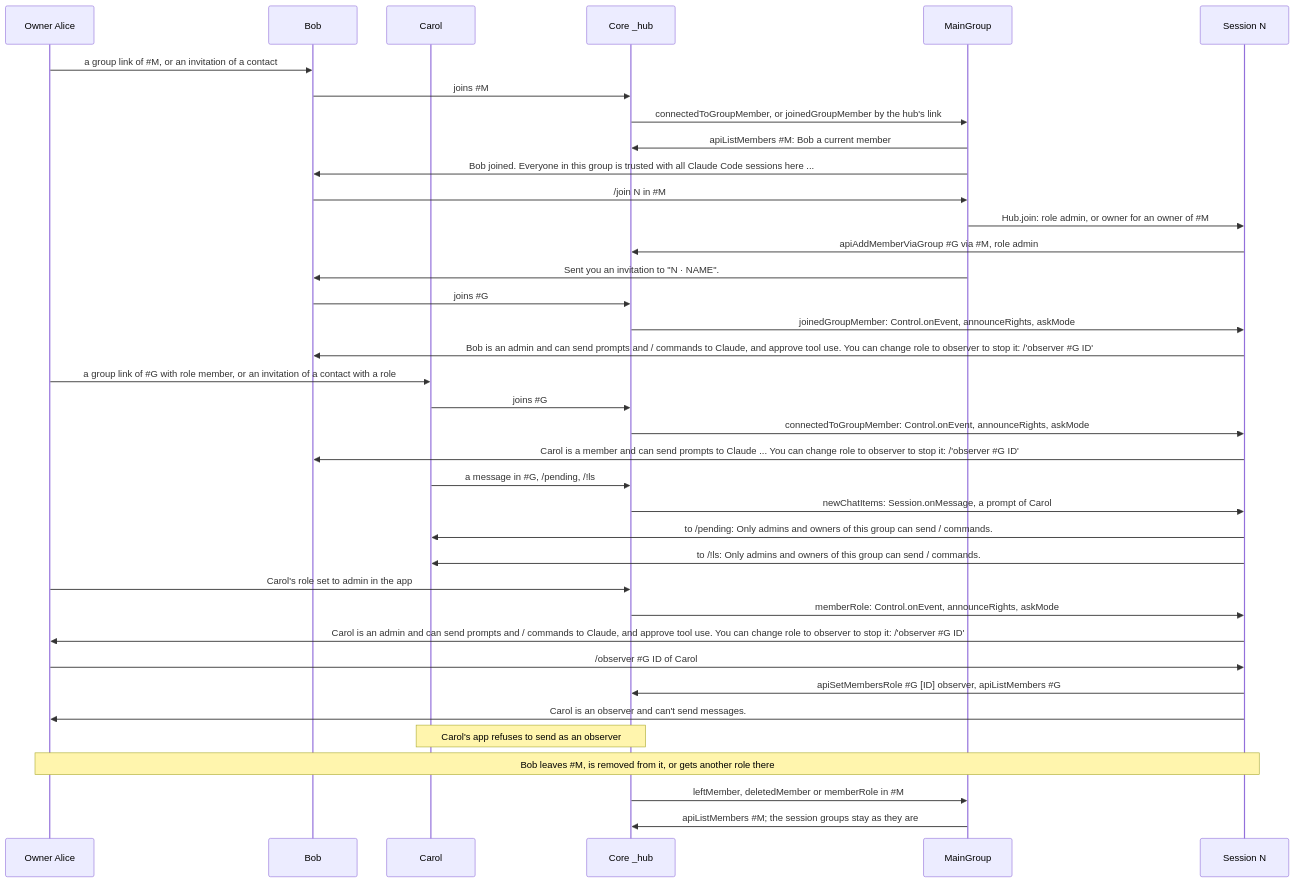
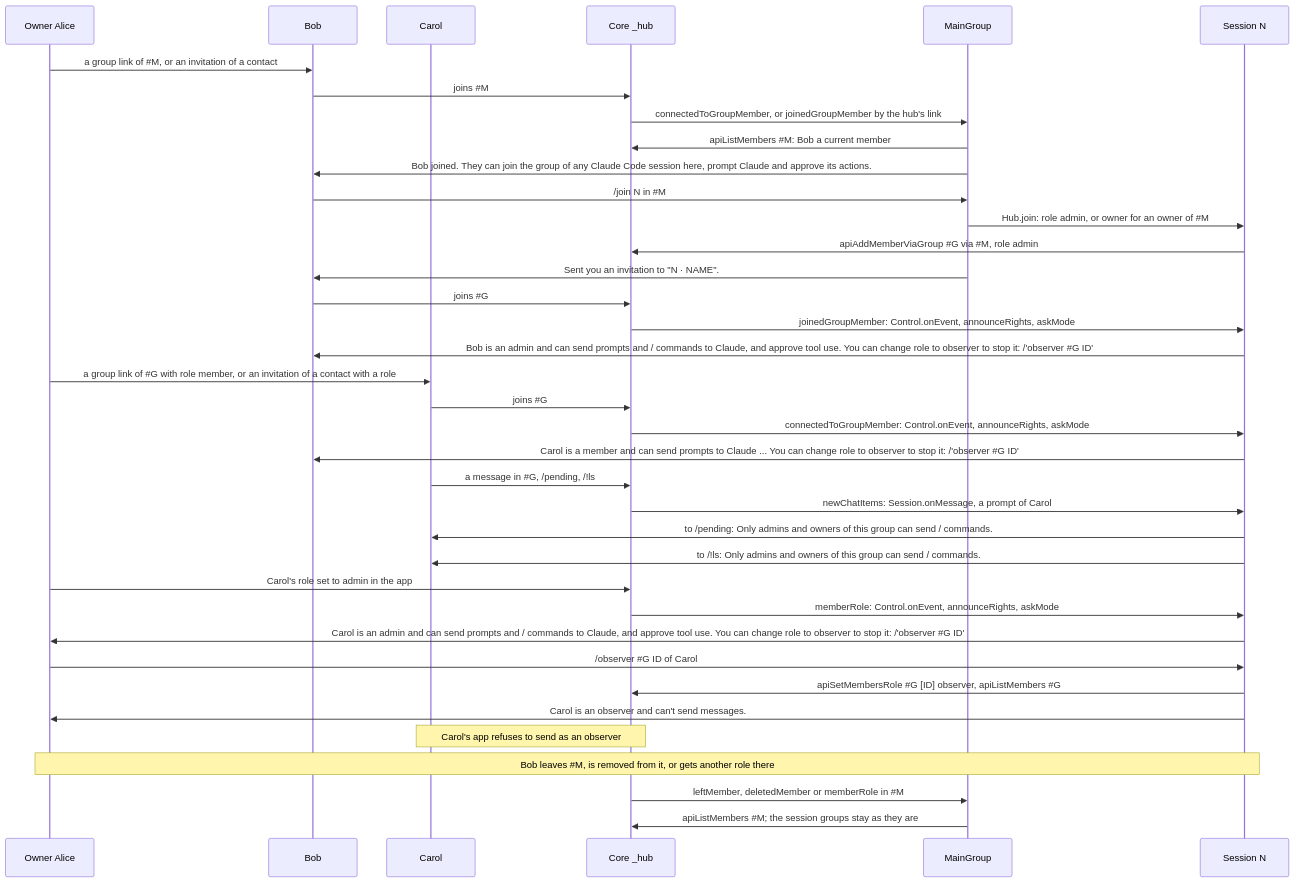
One commit to simplex-chat/simplex-chat changed diagram 28 of 30 in packages/simplex-chat-mcp/spec/flows.md. Above: the diagram before and after it, drawn with Mermaid. The commit also changed other lines of this file and 5 other files, not shown here.

Commit message:
mcp: Main group welcome and join post state what members can do

````diff
--- a/packages/simplex-chat-mcp/spec/flows.md
+++ b/packages/simplex-chat-mcp/spec/flows.md
@@ -1222,39 +1222,39 @@
 ```mermaid
 sequenceDiagram
   participant A as Owner Alice
   participant B as Bob
   participant G as Carol
   participant C as Core _hub
   participant M as MainGroup
   participant N as Session N
   A->>B: a group link of #35;M, or an invitation of a contact
   B->>C: joins #35;M
   C->>M: connectedToGroupMember, or joinedGroupMember by the hub's link
   M->>C: apiListMembers #35;M: Bob a current member
-  M->>B: Bob joined. Everyone in this group is trusted with all Claude Code sessions here ...
+  M->>B: Bob joined. They can join the group of any Claude Code session here, prompt Claude and approve its actions.
   B->>M: /join N in #35;M
   M->>N: Hub.join: role admin, or owner for an owner of #35;M
   N->>C: apiAddMemberViaGroup #35;G via #35;M, role admin
   M->>B: Sent you an invitation to "N · NAME".
   B->>C: joins #35;G
   C->>N: joinedGroupMember: Control.onEvent, announceRights, askMode
   N->>B: Bob is an admin and can send prompts and / commands to Claude, and approve tool use. You can change role to observer to stop it: /'observer #35;G ID'
   A->>G: a group link of #35;G with role member, or an invitation of a contact with a role
   G->>C: joins #35;G
   C->>N: connectedToGroupMember: Control.onEvent, announceRights, askMode
   N->>B: Carol is a member and can send prompts to Claude ... You can change role to observer to stop it: /'observer #35;G ID'
   G->>C: a message in #35;G, /pending, /!ls
   C->>N: newChatItems: Session.onMessage, a prompt of Carol
   N->>G: to /pending: Only admins and owners of this group can send / commands.
   N->>G: to /!ls: Only admins and owners of this group can send / commands.
   A->>C: Carol's role set to admin in the app
   C->>N: memberRole: Control.onEvent, announceRights, askMode
   N->>A: Carol is an admin and can send prompts and / commands to Claude, and approve tool use. You can change role to observer to stop it: /'observer #35;G ID'
   A->>N: /observer #35;G ID of Carol
   N->>C: apiSetMembersRole #35;G [ID] observer, apiListMembers #35;G
   N->>A: Carol is an observer and can't send messages.
   Note over G,C: Carol's app refuses to send as an observer
   Note over A,N: Bob leaves #35;M, is removed from it, or gets another role there
   C->>M: leftMember, deletedMember or memberRole in #35;M
   M->>C: apiListMembers #35;M#59; the session groups stay as they are
 ```
````
